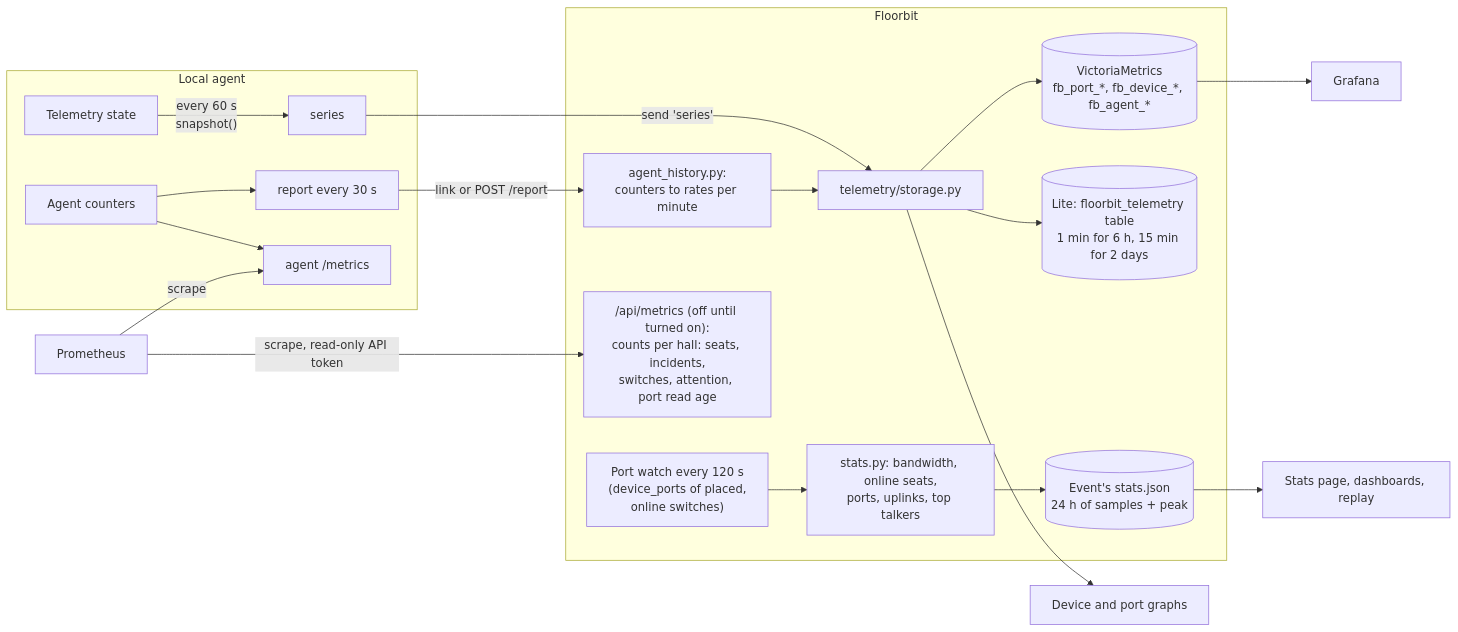
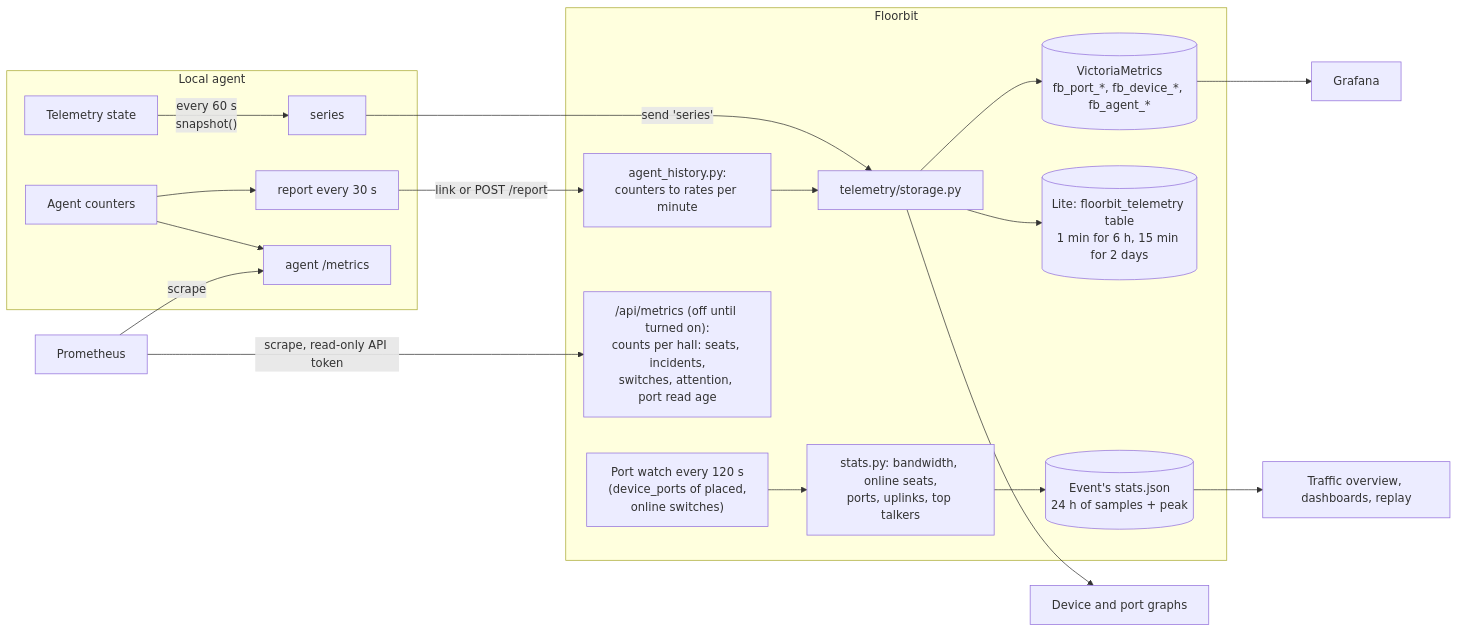
One commit to bitsandbricks-ch/floorbit changed the diagram in docs/how-metrics.md. Above: the diagram before and after it, drawn with Mermaid. The commit also changed other lines of this file and 52 other files, not shown here.

````diff
--- a/docs/how-metrics.md
+++ b/docs/how-metrics.md
@@ -13,23 +13,23 @@
 ```mermaid
 flowchart LR
   subgraph agent["Local agent"]
     st["Telemetry state"] -- "every 60 s<br/>snapshot()" --> s1["series"]
     am["Agent counters"] --> rep["report every 30 s"]
     am --> amet["agent /metrics"]
   end
   subgraph fb["Floorbit"]
     s1 -- "send 'series'" --> sto["telemetry/storage.py"]
     rep -- "link or POST /report" --> ah["agent_history.py:<br/>counters to rates per minute"]
     ah --> sto
     sto --> vm[("VictoriaMetrics<br/>fb_port_*, fb_device_*, fb_agent_*")]
     sto --> lite[("Lite: floorbit_telemetry table<br/>1 min for 6 h, 15 min for 2 days")]
     pw["Port watch every 120 s<br/>(device_ports of placed,<br/>online switches)"] --> stats["stats.py: bandwidth, online seats,<br/>ports, uplinks, top talkers"]
     stats --> sj[("Event's stats.json<br/>24 h of samples + peak")]
     pm["/api/metrics (off until turned on):<br/>counts per hall: seats, incidents,<br/>switches, attention, port read age"]
   end
   sto --> graphs["Device and port graphs"]
   vm --> graf["Grafana"]
-  sj --> dash["Stats page, dashboards, replay"]
+  sj --> dash["Traffic overview, dashboards, replay"]
   prom["Prometheus"] -- "scrape, read-only API token" --> pm
   prom -- scrape --> amet
 ```
````
